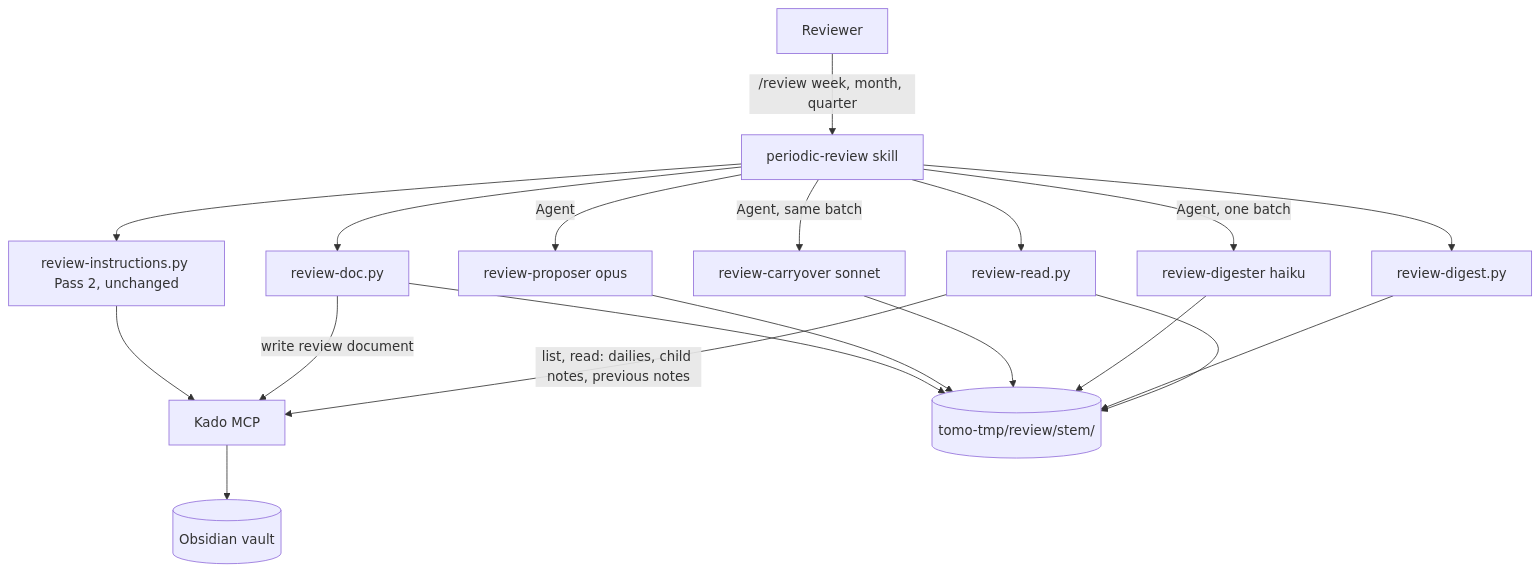
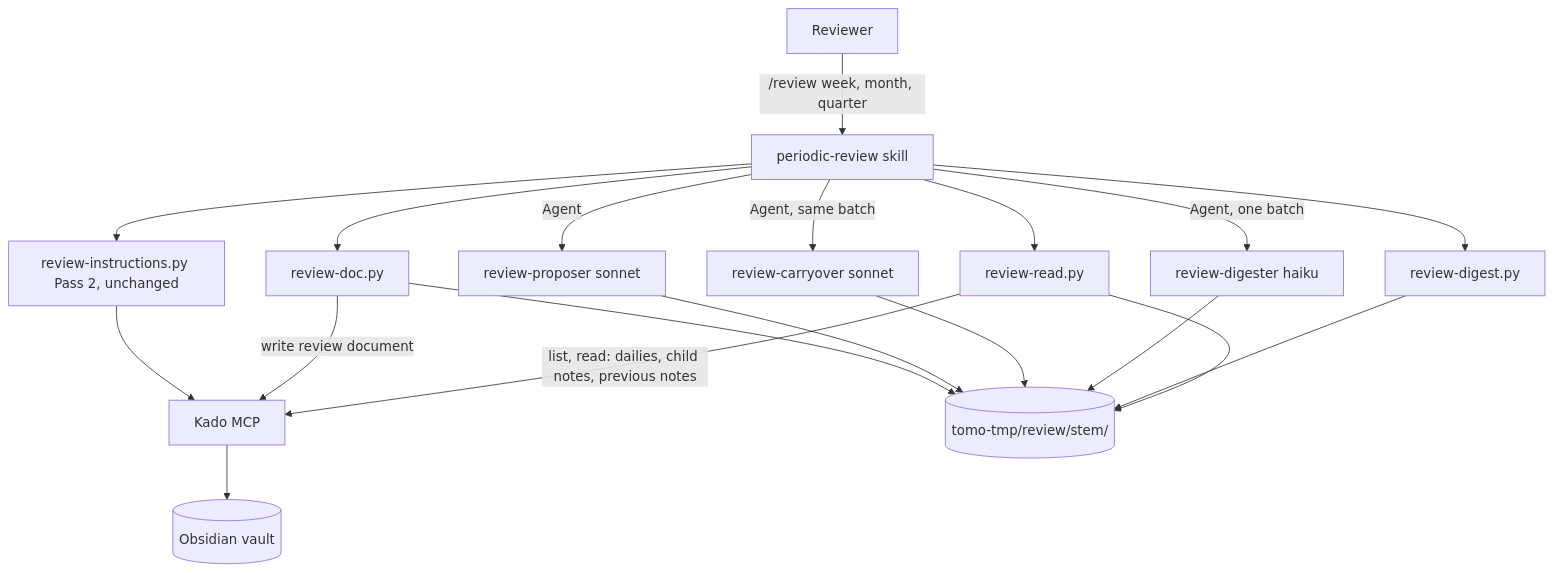
Before and after one commit to MMoMM-org/miyo-tomo: the first of 4 diagrams in docs/XDD/specs/047-review-chunked-read/solution.md, drawn with Mermaid. The commit also changed other lines of this file and 14 other files, not shown here.

First line of the commit message:
fix(review): review-proposer runs on sonnet (#270)

````diff
--- a/docs/XDD/specs/047-review-chunked-read/solution.md
+++ b/docs/XDD/specs/047-review-chunked-read/solution.md
@@ -259,21 +261,21 @@
 ```mermaid
 graph TB
     User[Reviewer] -->|/review week, month, quarter| Skill[periodic-review skill]
     Skill --> Read[review-read.py]
     Read -->|list, read: dailies, child notes, previous notes| Kado[Kado MCP]
     Kado --> Vault[(Obsidian vault)]
     Read --> Stage[(tomo-tmp/review/stem/)]
     Skill --> Digest[review-digest.py]
     Digest --> Stage
     Skill -->|Agent, one batch| Digester[review-digester haiku]
     Skill -->|Agent, same batch| Carry[review-carryover sonnet]
-    Skill -->|Agent| Proposer[review-proposer opus]
+    Skill -->|Agent| Proposer[review-proposer sonnet]
     Digester --> Stage
     Carry --> Stage
     Proposer --> Stage
     Skill --> Doc[review-doc.py]
     Doc --> Stage
     Doc -->|write review document| Kado
     Skill --> Instr[review-instructions.py Pass 2, unchanged]
     Instr --> Kado
 ```
````
